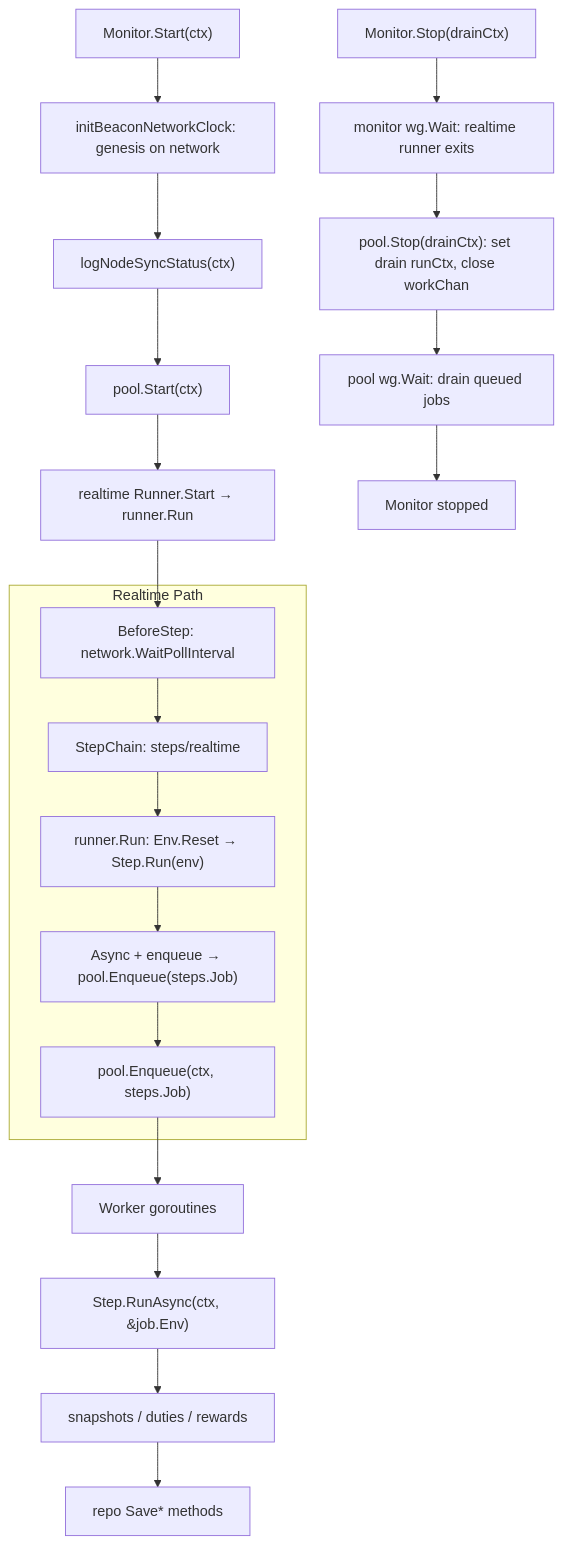
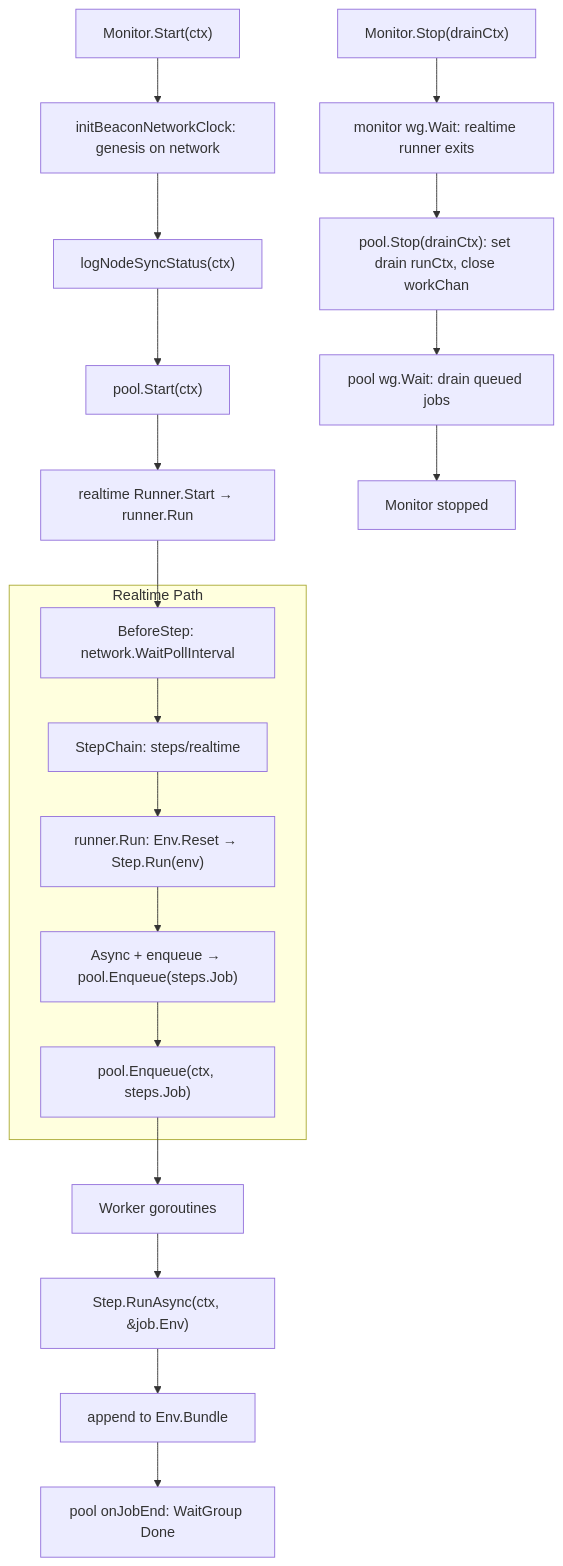
One commit to tharun-p/pauli changed the first of 3 diagrams in doc/monitor-e2e-flow.md. Above: the diagram before and after it, drawn with Mermaid. The commit also changed other lines of this file and 12 other files, not shown here.

````diff
--- a/doc/monitor-e2e-flow.md
+++ b/doc/monitor-e2e-flow.md
@@ -5,25 +5,25 @@
 ```mermaid
 flowchart TD
   Start["Monitor.Start(ctx)"] --> InitSched["initBeaconNetworkClock: genesis on network"]
   InitSched --> NodeSync["logNodeSyncStatus(ctx)"]
   NodeSync --> StartWorkers["pool.Start(ctx)"]
   StartWorkers --> StartRealtime["realtime Runner.Start → runner.Run"]
   StartRealtime --> RTWait
 
   subgraph realtimePath [Realtime Path]
     RTWait["BeforeStep: network.WaitPollInterval"] --> RTChain["StepChain: steps/realtime"]
     RTDrainEnv["runner.Run: Env.Reset → Step.Run(env)"] --> RTDrain["Async + enqueue → pool.Enqueue(steps.Job)"]
     RTChain --> RTDrainEnv
     RTDrain --> Enqueue
   end
 
   Enqueue["pool.Enqueue(ctx, steps.Job)"] --> WorkerN[Worker goroutines]
   WorkerN --> Process["Step.RunAsync(ctx, &job.Env)"]
-  Process --> Snap["snapshots / duties / rewards"]
-  Snap --> Repo[repo Save* methods]
+  Process --> Snap["append to Env.Bundle"]
+  Snap --> TickDone[pool onJobEnd: WaitGroup Done]
 
   Stop["Monitor.Stop(drainCtx)"] --> WaitRt["monitor wg.Wait: realtime runner exits"]
   WaitRt --> CloseJobs["pool.Stop(drainCtx): set drain runCtx, close workChan"]
   CloseJobs --> WaitWorkers["pool wg.Wait: drain queued jobs"]
   WaitWorkers --> endNode[Monitor stopped]
 ```
````
